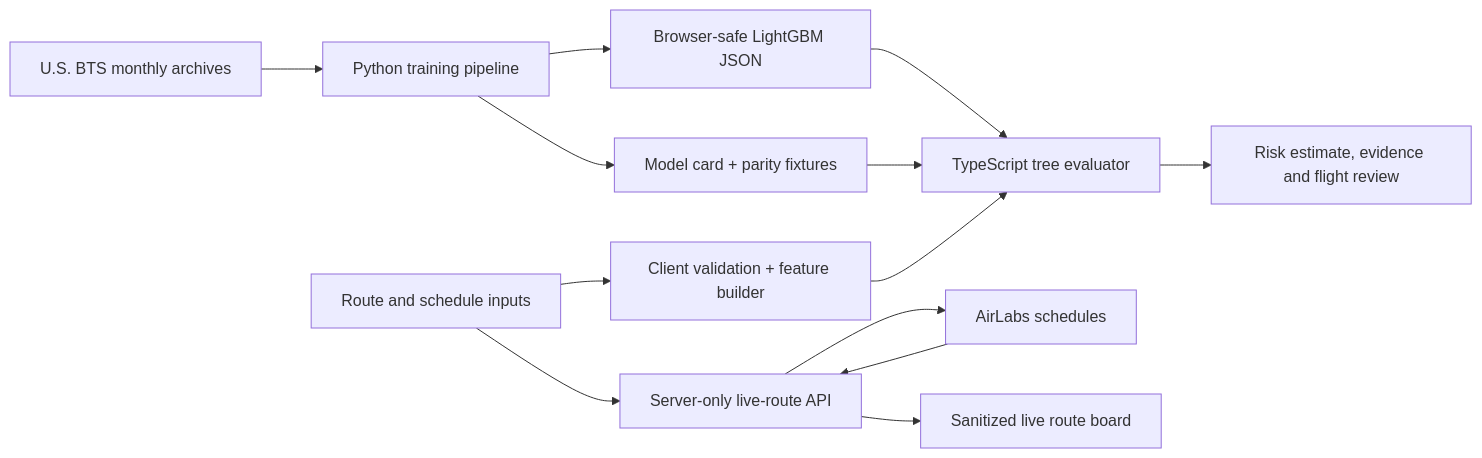
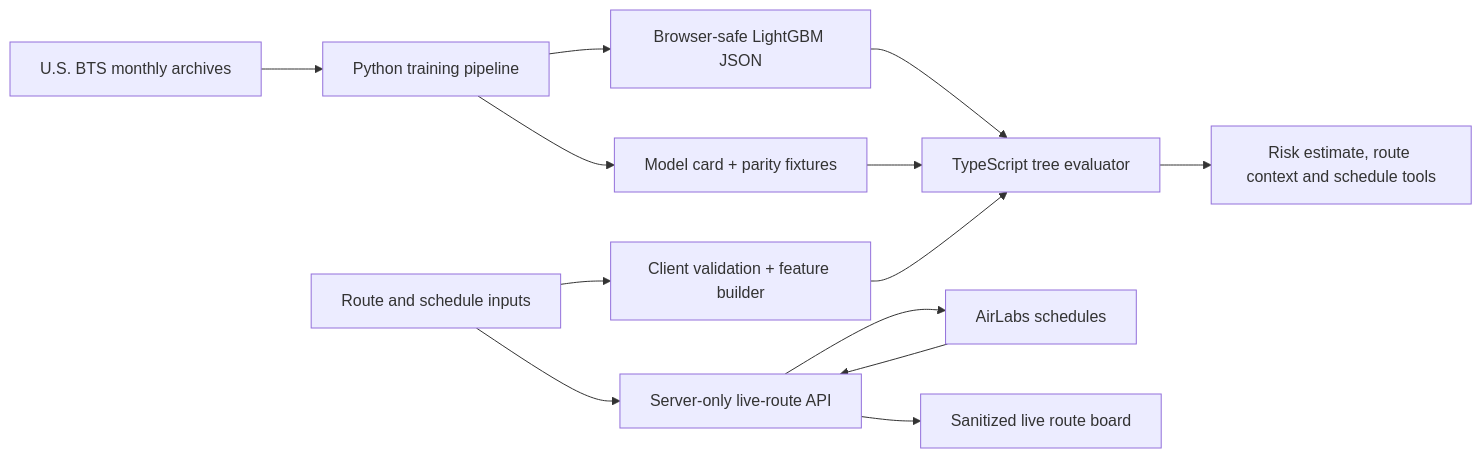
One commit to Elijahpeters/SkyETA changed the diagram in README.md. Above: the diagram before and after it, drawn with Mermaid. The commit also changed other lines of this file and 4 other files, not shown here.

````diff
--- a/README.md
+++ b/README.md
@@ -24,15 +24,15 @@
 ```mermaid
 flowchart LR
   BTS["U.S. BTS monthly archives"] --> PIPE["Python training pipeline"]
   PIPE --> MODEL["Browser-safe LightGBM JSON"]
   PIPE --> CARD["Model card + parity fixtures"]
   INPUT["Route and schedule inputs"] --> VALIDATE["Client validation + feature builder"]
   MODEL --> EVAL["TypeScript tree evaluator"]
   CARD --> EVAL
   VALIDATE --> EVAL
-  EVAL --> REVIEW["Risk estimate, evidence and flight review"]
+  EVAL --> REVIEW["Risk estimate, route context and schedule tools"]
   INPUT --> API["Server-only live-route API"]
   API --> AIRLABS["AirLabs schedules"]
   AIRLABS --> API
   API --> BOARD["Sanitized live route board"]
 ```
````
